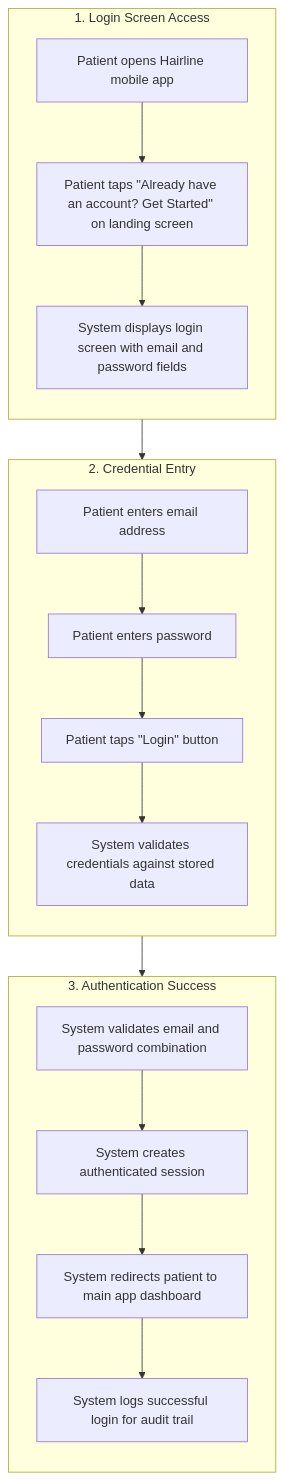
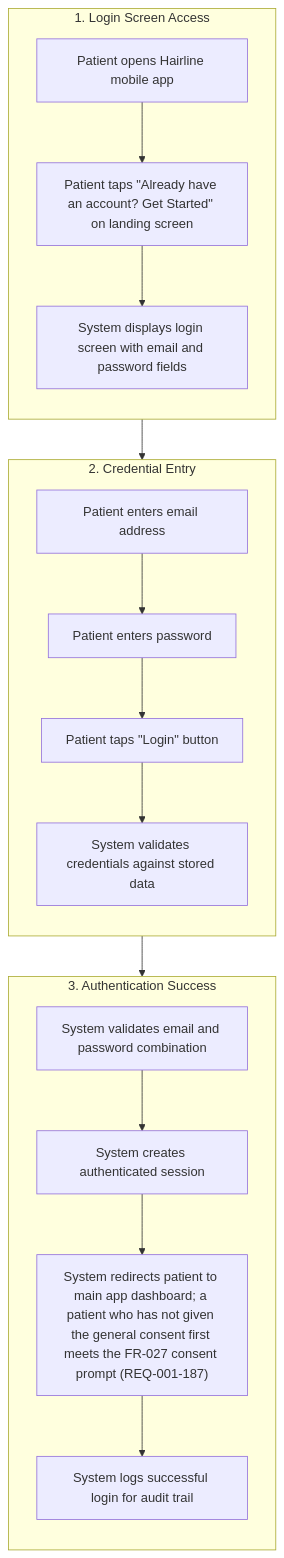
One commit to joachimtrungtuan/hairline-pm-docs changed the fifth of 15 diagrams in project-requirements/functional-requirements/fr001-patient-authentication/prd.md. Above: the diagram before and after it, drawn with Mermaid. The commit also changed other lines of this file and 6 other files, not shown here.

Commit message:
docs(fr001): apply logic review pass 1 fixes to PRD and graph

````diff
--- a/project-requirements/functional-requirements/fr001-patient-authentication/prd.md
+++ b/project-requirements/functional-requirements/fr001-patient-authentication/prd.md
@@ -170,20 +170,20 @@
 ```mermaid
 flowchart TD
   subgraph W2S1["1. Login Screen Access"]
     direction TB
     W2S1_1["Patient opens Hairline mobile app"] --> W2S1_2["Patient taps &quot;Already have an account? Get Started&quot; on landing screen"] --> W2S1_3["System displays login screen with email and password fields"]
   end
 
   subgraph W2S2["2. Credential Entry"]
     direction TB
     W2S2_1["Patient enters email address"] --> W2S2_2["Patient enters password"] --> W2S2_3["Patient taps &quot;Login&quot; button"] --> W2S2_4["System validates credentials against stored data"]
   end
 
   subgraph W2S3["3. Authentication Success"]
     direction TB
-    W2S3_1["System validates email and password combination"] --> W2S3_2["System creates authenticated session"] --> W2S3_3["System redirects patient to main app dashboard"] --> W2S3_4["System logs successful login for audit trail"]
+    W2S3_1["System validates email and password combination"] --> W2S3_2["System creates authenticated session"] --> W2S3_3["System redirects patient to main app dashboard; a patient who has not given the general consent first meets the FR-027 consent prompt (REQ-001-187)"] --> W2S3_4["System logs successful login for audit trail"]
   end
 
   W2S1_3 --> W2S2_1
   W2S2_4 --> W2S3_1
 ```
````
